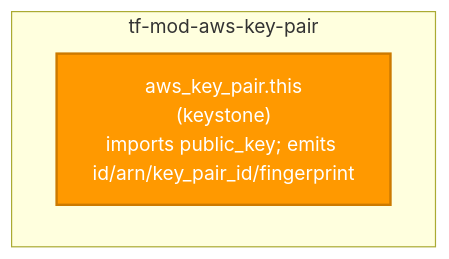
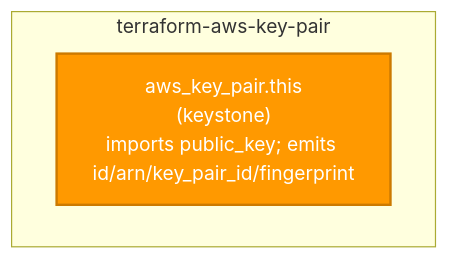
Before and after one commit to microsoftexpert/terraform-aws-key-pair: the second of 2 diagrams in README.md, drawn with Mermaid. The commit also changed other lines of this file and 2 other files, not shown here.

````diff
--- a/README.md
+++ b/README.md
@@ -65,8 +65,8 @@
 ```mermaid
 flowchart TD
- subgraph mod["tf-mod-aws-key-pair"]
+ subgraph mod["terraform-aws-key-pair"]
  THIS["aws_key_pair.this<br/>(keystone)<br/>imports public_key; emits id/arn/key_pair_id/fingerprint"]
  end
 
  style THIS fill:#FF9900,color:#fff,stroke:#cc7a00,stroke-width:2px
 ```
````
